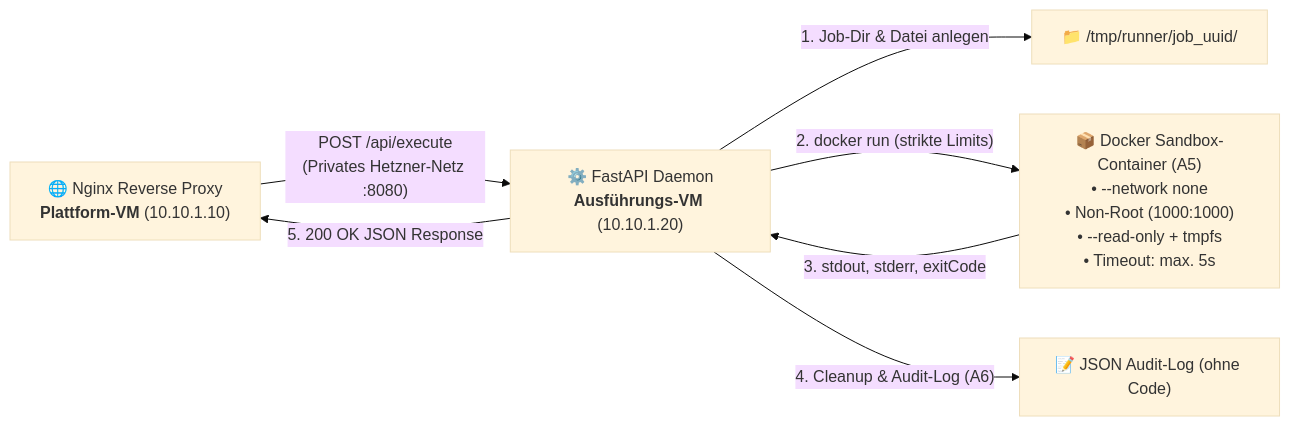
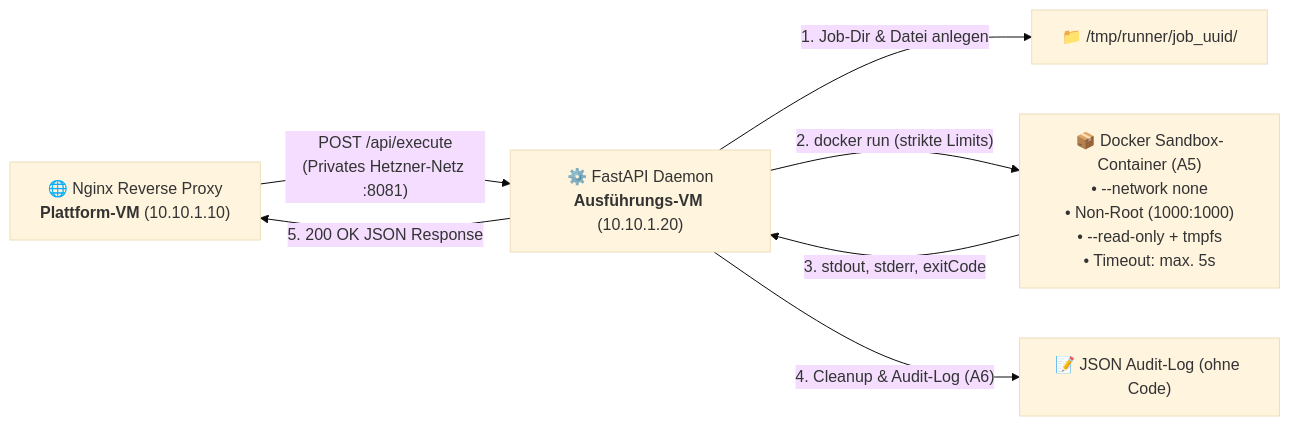
One commit to LadiciusDev/praxisarbeit-code-execution changed the diagram in README.md. Above: the diagram before and after it, drawn with Mermaid (base theme). The commit also changed other lines of this file and 1 other file, not shown here.

````diff
--- a/README.md
+++ b/README.md
@@ -43,11 +43,11 @@
 ```mermaid
 flowchart LR
     Proxy["🌐 Nginx Reverse Proxy<br/><b>Plattform-VM</b> (10.10.1.10)"]
-    -->|"POST /api/execute<br/>(Privates Hetzner-Netz :8080)"| Daemon["⚙️ FastAPI Daemon<br/><b>Ausführungs-VM</b> (10.10.1.20)"]
+    -->|"POST /api/execute<br/>(Privates Hetzner-Netz :8081)"| Daemon["⚙️ FastAPI Daemon<br/><b>Ausführungs-VM</b> (10.10.1.20)"]
 
     Daemon -->|"1. Job-Dir & Datei anlegen"| FS["📁 /tmp/runner/job_uuid/"]
     Daemon -->|"2. docker run (strikte Limits)"| Sandbox["📦 Docker Sandbox-Container (A5)<br/>• --network none<br/>• Non-Root (1000:1000)<br/>• --read-only + tmpfs<br/>• Timeout: max. 5s"]
     Sandbox -->|"3. stdout, stderr, exitCode"| Daemon
     Daemon -->|"4. Cleanup & Audit-Log (A6)"| Audit["📝 JSON Audit-Log (ohne Code)"]
     Daemon -->|"5. 200 OK JSON Response"| Proxy
 ```
````
